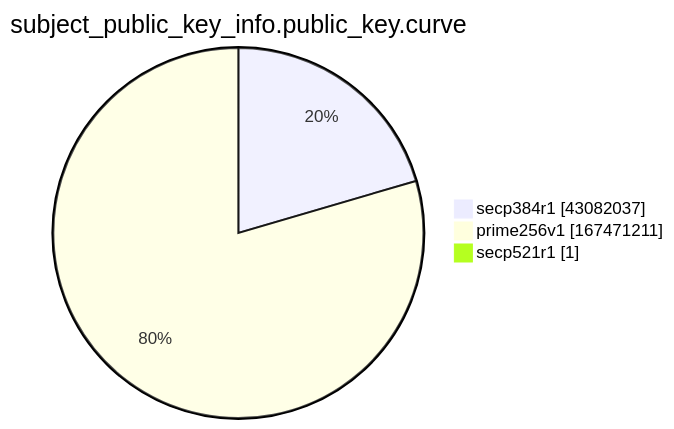
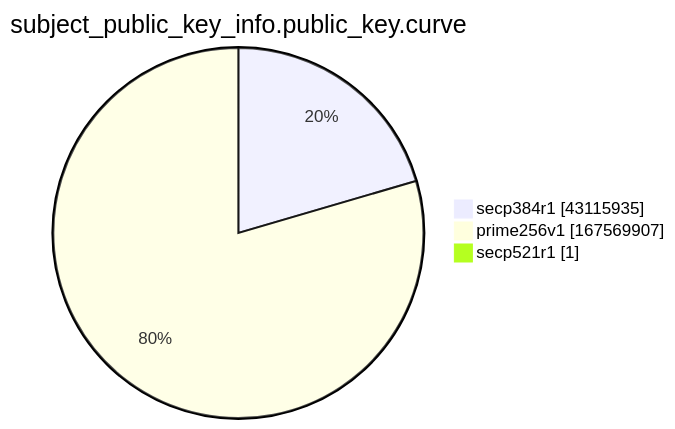
One commit to christiankrug/ctmonitor_visualization changed the ninth of 15 diagrams in xenon2022/README.md. Above: the diagram before and after it, drawn with Mermaid. The commit also changed other lines of this file, not shown here.

````diff
--- a/xenon2022/README.md
+++ b/xenon2022/README.md
@@ -2869,7 +2869,7 @@
 ```mermaid
 pie showData
 title subject_public_key_info.public_key.curve
-"secp384r1" :43082037
-"prime256v1" :167471211
+"secp384r1" :43115935
+"prime256v1" :167569907
 "secp521r1" :1
 ```
````
